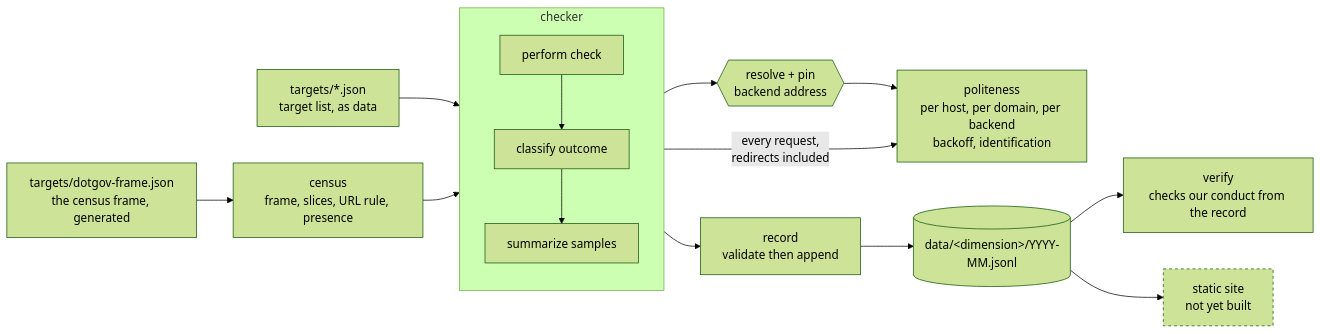
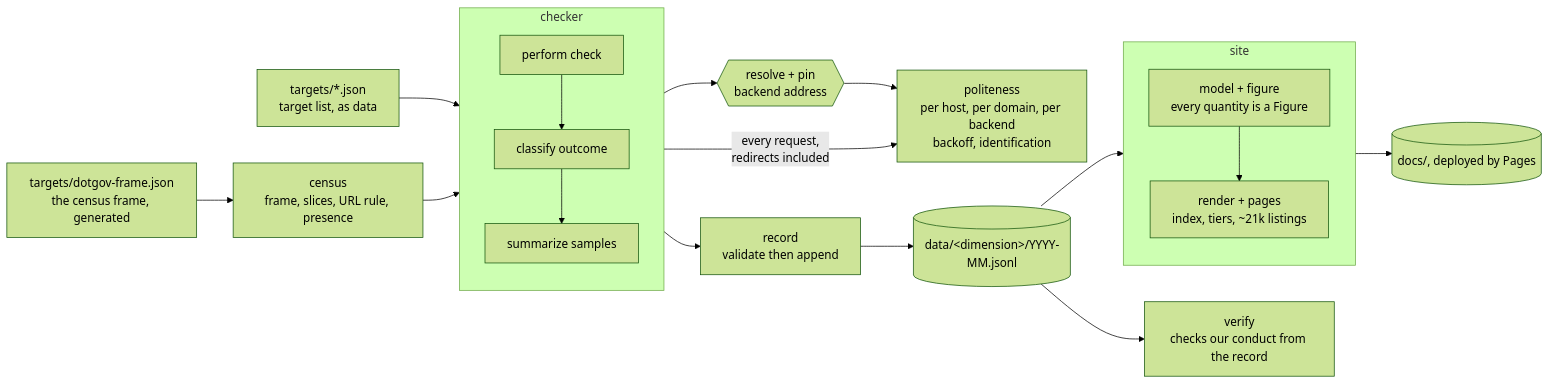
The first of 2 diagrams in ARCHITECTURE.md (theDotGovDev/govWebChecker), drawn with Mermaid (forest theme) before and after one commit. The commit also changed other lines of this file and 24 other files, not shown here.

````diff
--- a/ARCHITECTURE.md
+++ b/ARCHITECTURE.md
@@ -15,21 +15,24 @@
 ```mermaid
 flowchart LR
     targets[targets/*.json<br/>target list, as data] --> checker
     subgraph checker[checker]
         direction TB
         C1[perform check] --> C2[classify outcome]
         C2 --> C3[summarize samples]
     end
     checker -->|every request,<br/>redirects included| politeness
     politeness[politeness<br/>per host, per domain, per backend<br/>backoff, identification]
     dns{{resolve + pin<br/>backend address}} --> politeness
     checker --> dns
     frame[targets/dotgov-frame.json<br/>the census frame, generated] --> census
     census[census<br/>frame, slices, URL rule, presence] --> checker
     checker --> record[record<br/>validate then append]
     record --> data[(data/&lt;dimension&gt;/YYYY-MM.jsonl)]
     data --> verify[verify<br/>checks our conduct from the record]
-    data --> site[static site<br/>not yet built]
-
-    style site stroke-dasharray: 4 4
+    data --> site
+    subgraph site[site]
+        direction TB
+        S1[model + figure<br/>every quantity is a Figure] --> S2[render + pages<br/>index, tiers, ~21k listings]
+    end
+    site --> docs[(docs/, deployed by Pages)]
 ```
````
